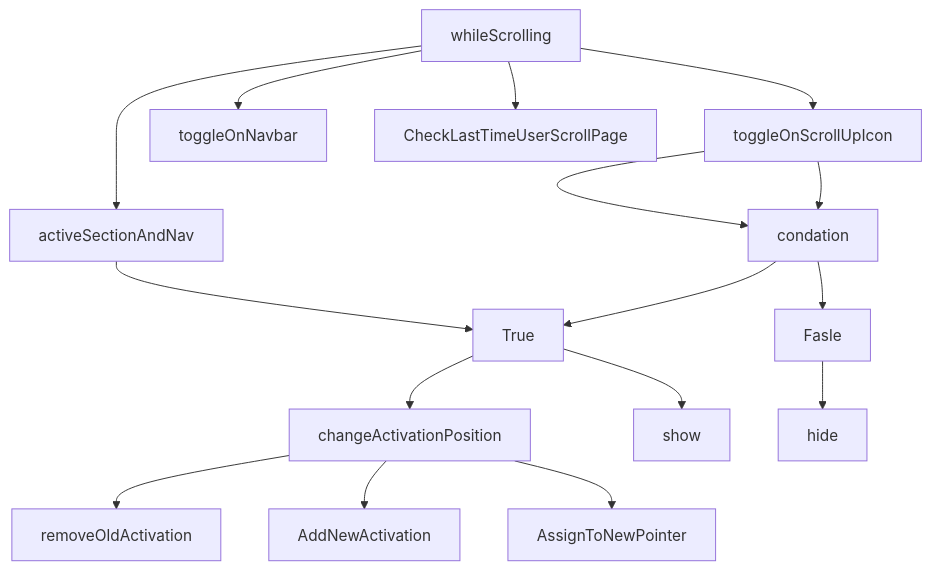
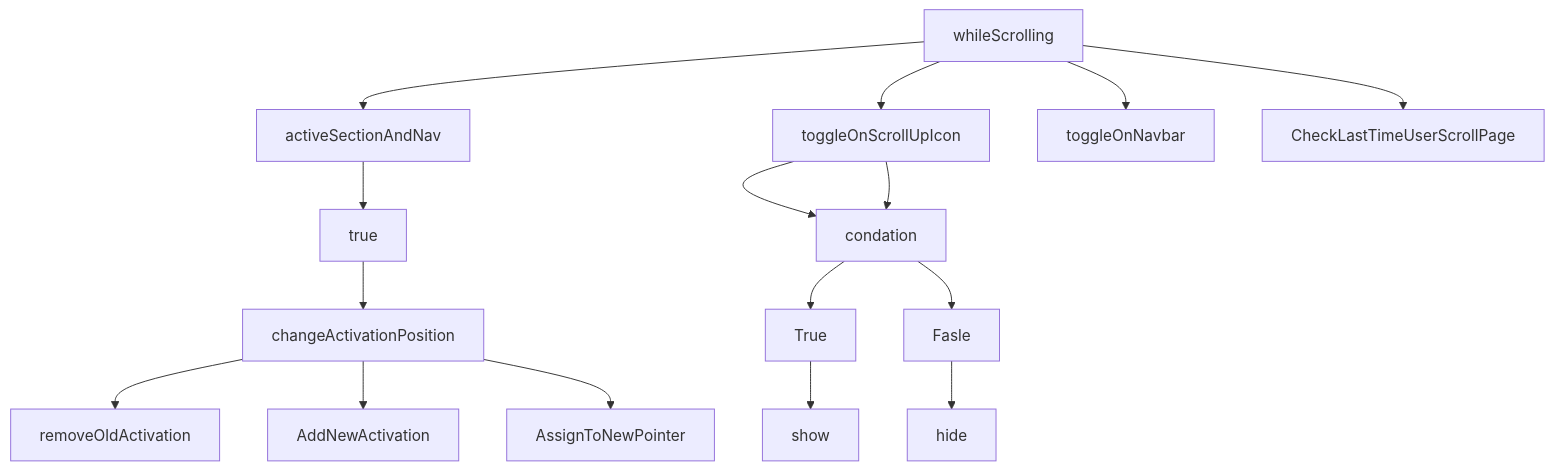
The third of 3 diagrams in Quiz/README.MD (Ftohtarek/Udacity-Project), drawn with Mermaid before and after one commit.

Commit message:
Basic writing and formatting syntax

````diff
--- a/Quiz/README.MD
+++ b/Quiz/README.MD
@@ -76,14 +76,12 @@
 ```mermaid
 graph TD;
-    whileScrolling-->activeSectionAndNav;
+    whileScrolling-->activeSectionAndNav-->true-->changeActivationPosition;
     whileScrolling-->toggleOnScrollUpIcon;
     whileScrolling-->toggleOnNavbar;
     whileScrolling-->CheckLastTimeUserScrollPage;
-    activeSectionAndNav-->True;
-    True-->changeActivationPosition;
     changeActivationPosition-->removeOldActivation;
     changeActivationPosition-->AddNewActivation;
     changeActivationPosition-->AssignToNewPointer;
     toggleOnScrollUpIcon-->condation-->True-->show
     toggleOnScrollUpIcon-->condation-->Fasle-->hide
 ```
````
